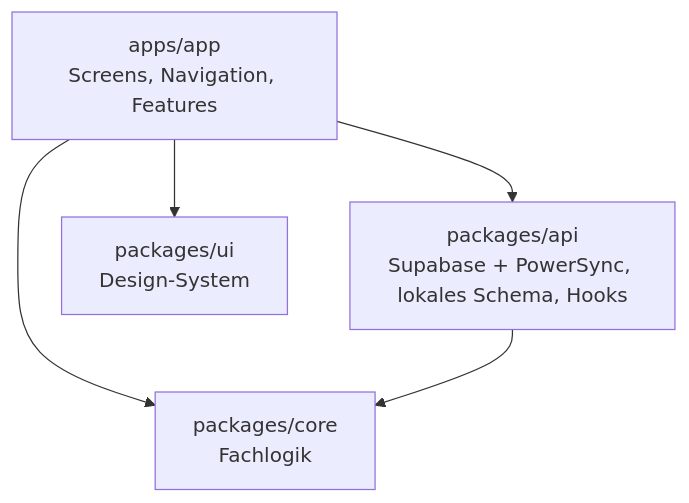
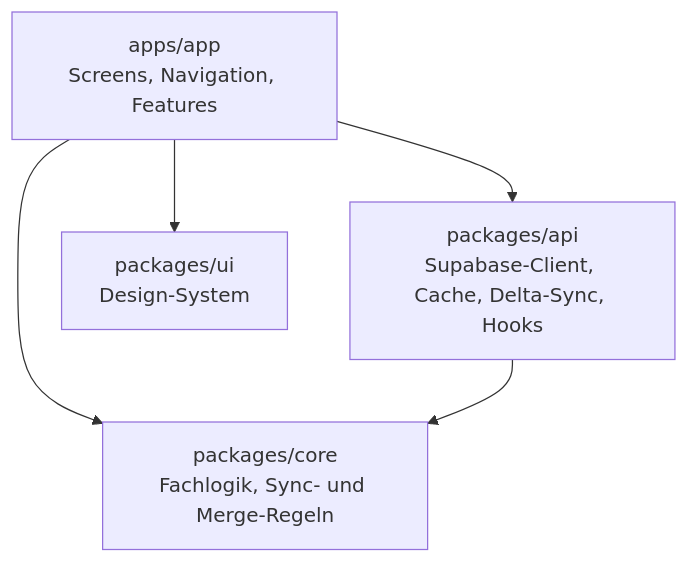
Before and after one commit to enricogoerlitz/housekeeping-app: the second of 2 diagrams in docs/architecture/overview.md, drawn with Mermaid. The commit also changed other lines of this file and 48 other files, not shown here.

First line of the commit message:
docs: replace PowerSync with own delta sync (ADR-0008)

````diff
--- a/docs/architecture/overview.md
+++ b/docs/architecture/overview.md
@@ -41,7 +46,7 @@
 ```mermaid
 flowchart TD
-  app[apps/app<br/>Screens, Navigation, Features] --> api[packages/api<br/>Supabase + PowerSync, lokales Schema, Hooks]
+  app[apps/app<br/>Screens, Navigation, Features] --> api[packages/api<br/>Supabase-Client, Cache, Delta-Sync, Hooks]
   app --> ui[packages/ui<br/>Design-System]
-  app --> core[packages/core<br/>Fachlogik]
+  app --> core[packages/core<br/>Fachlogik, Sync- und Merge-Regeln]
   api --> core
 ```
````
